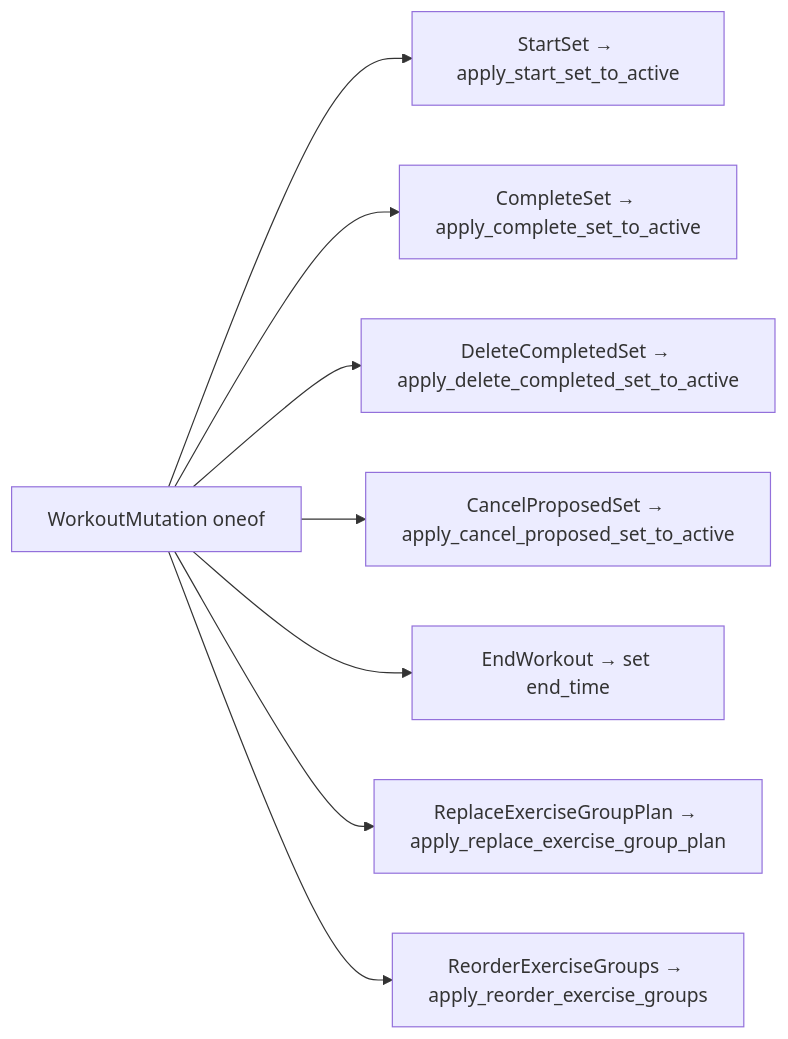
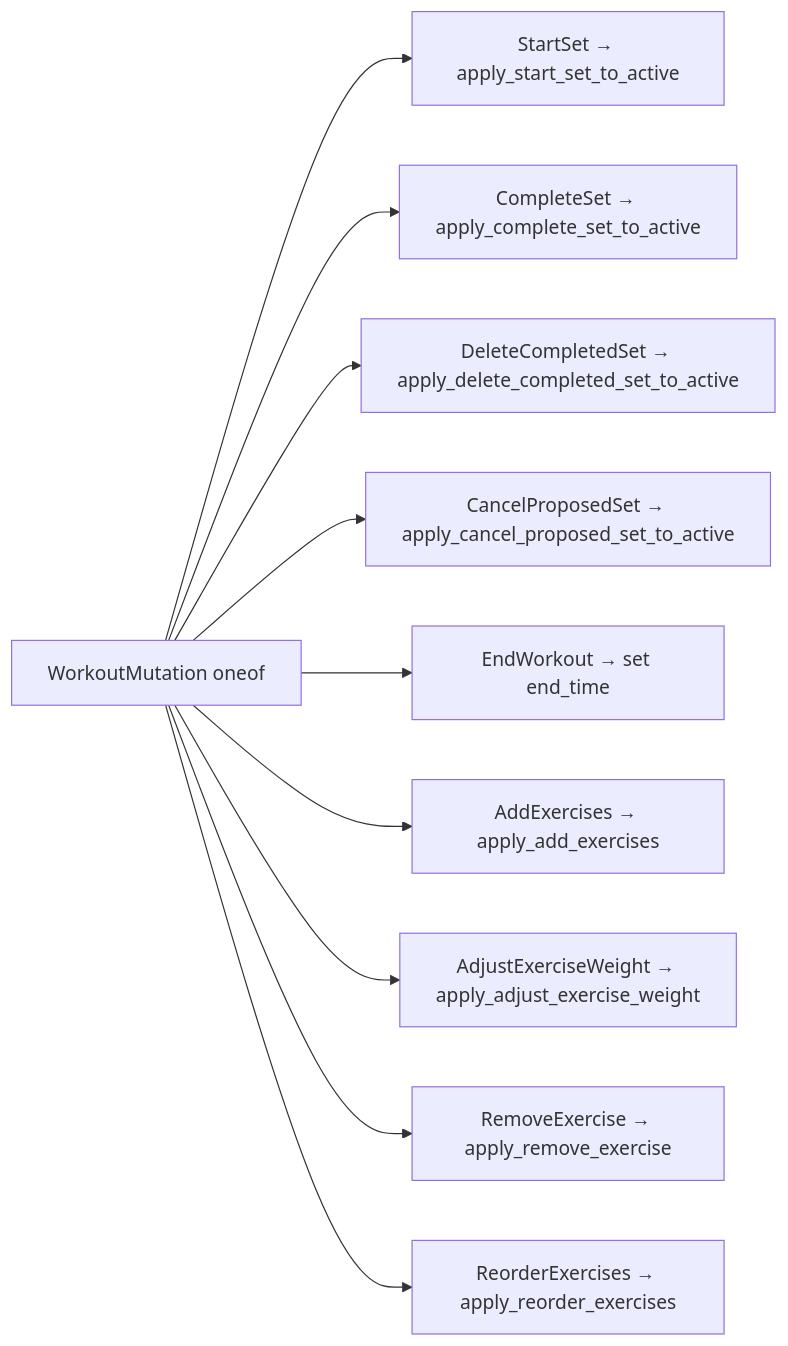
The sixth of 7 diagrams in docs/architecture/workout-lifecycle.md (brensch/lift), drawn with Mermaid before and after one commit. The commit also changed other lines of this file and 52 other files, not shown here.

````diff
--- a/docs/architecture/workout-lifecycle.md
+++ b/docs/architecture/workout-lifecycle.md
@@ -132,10 +129,12 @@
 ```mermaid
 graph LR
     m["WorkoutMutation oneof"] --> t1["StartSet → apply_start_set_to_active"]
     m --> t2["CompleteSet → apply_complete_set_to_active"]
     m --> t3["DeleteCompletedSet → apply_delete_completed_set_to_active"]
     m --> t4["CancelProposedSet → apply_cancel_proposed_set_to_active"]
     m --> t5["EndWorkout → set end_time"]
-    m --> t6["ReplaceExerciseGroupPlan → apply_replace_exercise_group_plan"]
-    m --> t7["ReorderExerciseGroups → apply_reorder_exercise_groups"]
+    m --> t6["AddExercises → apply_add_exercises"]
+    m --> t7["AdjustExerciseWeight → apply_adjust_exercise_weight"]
+    m --> t8["RemoveExercise → apply_remove_exercise"]
+    m --> t9["ReorderExercises → apply_reorder_exercises"]
 ```
````
